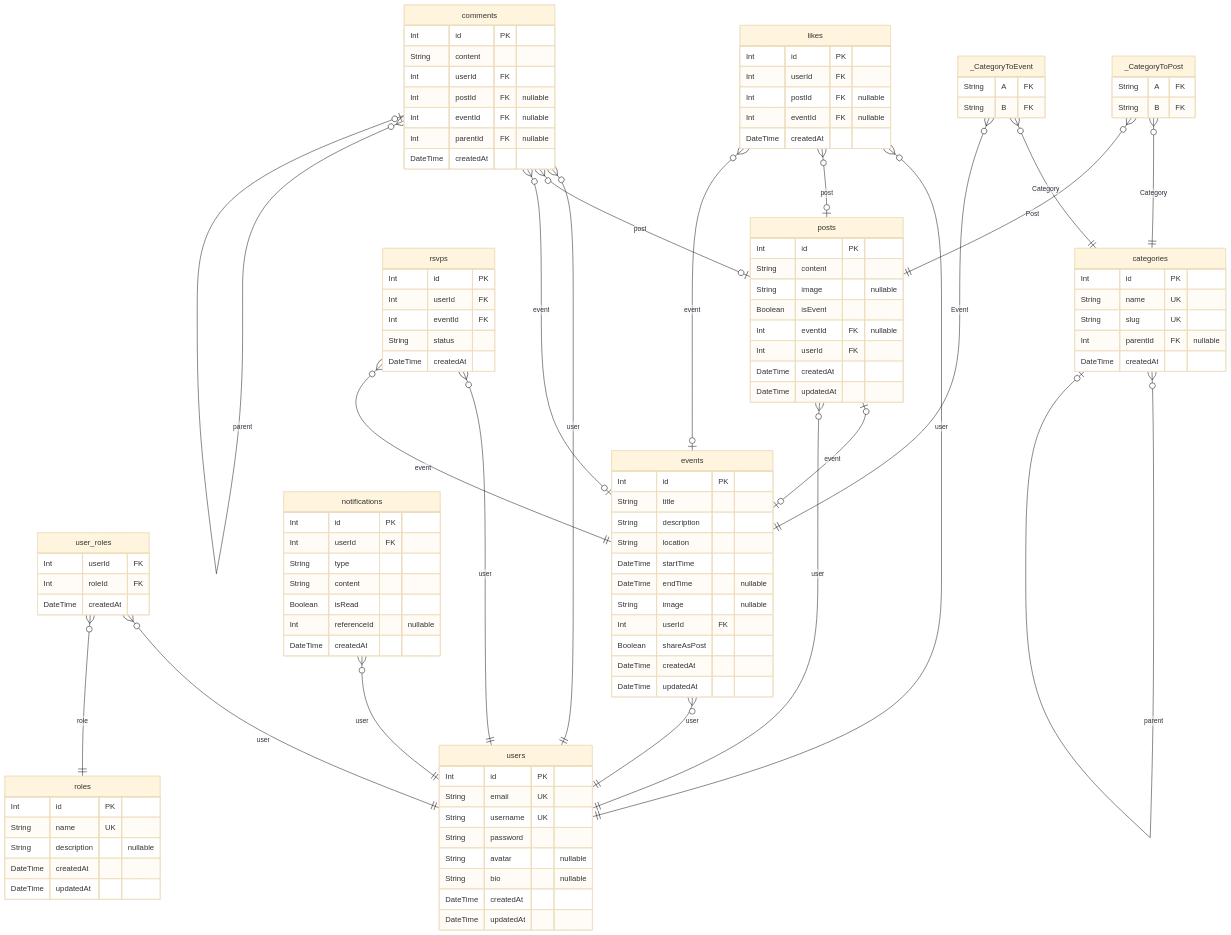
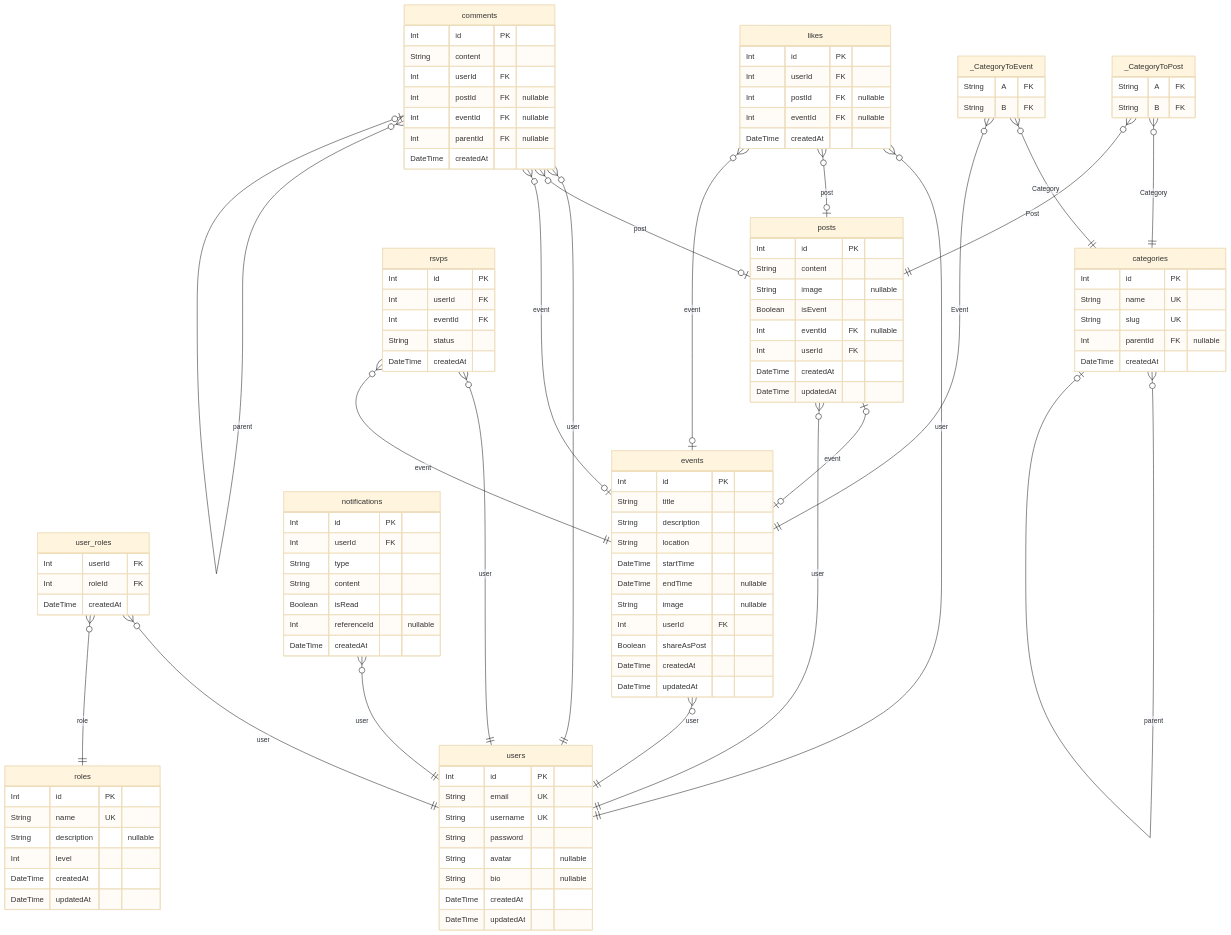
Before and after one commit to Phastboy/nest-auth: the diagram in prisma/ERD.md, drawn with Mermaid (base theme). The commit also changed other lines of this file and 40 other files, not shown here.

```diff
--- a/prisma/ERD.md
+++ b/prisma/ERD.md
@@ -20,6 +20,7 @@
   Int id PK
   String name UK
   String description "nullable"
+  Int level
   DateTime createdAt
   DateTime updatedAt
 }
```
